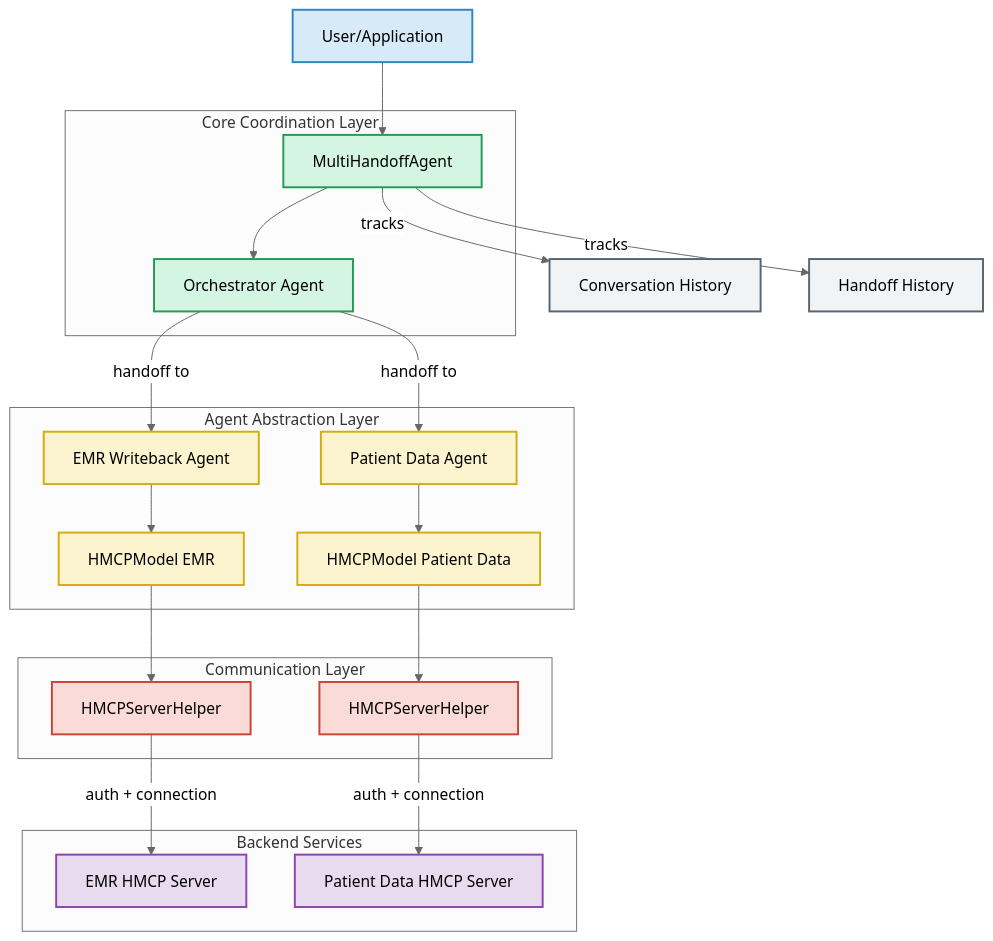
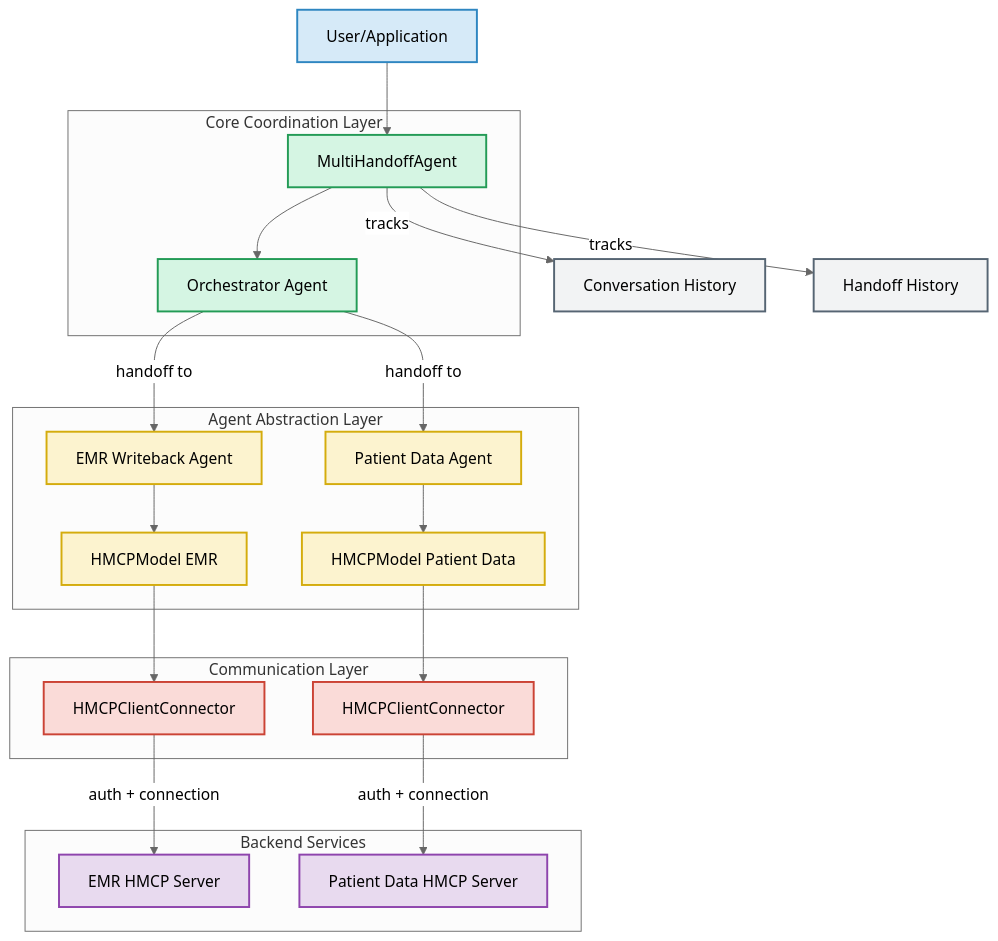
Before and after one commit to innovaccer/Healthcare-MCP: the first of 2 diagrams in examples/multi_agent_demo/multi_agent_handoff.md, drawn with Mermaid (neutral theme). The commit also changed other lines of this file and 16 other files, not shown here.

````diff
--- a/examples/multi_agent_demo/multi_agent_handoff.md
+++ b/examples/multi_agent_demo/multi_agent_handoff.md
@@ -26,55 +26,55 @@
 ```mermaid
 graph TD
     User[User/Application] --> MHA[MultiHandoffAgent]
     MHA --> OA[Orchestrator Agent]
     OA --> |handoff to| EMR[EMR Writeback Agent]
     OA --> |handoff to| PDA[Patient Data Agent]
     
     EMR --> HCPE[HMCPModel EMR]
     PDA --> HCPP[HMCPModel Patient Data]
     
-    HCPE --> EMRH[HMCPServerHelper]
-    HCPP --> PDAH[HMCPServerHelper]
+    HCPE --> EMRH[HMCPClientConnector]
+    HCPP --> PDAH[HMCPClientConnector]
     
     EMRH --> |auth + connection| EMRS[EMR HMCP Server]
     PDAH --> |auth + connection| PDAS[Patient Data HMCP Server]
     
     MHA --> |tracks| CH[Conversation History]
     MHA --> |tracks| HH[Handoff History]
     
     subgraph "Core Coordination Layer"
         MHA
         OA
     end
     
     subgraph "Agent Abstraction Layer"
         EMR
         PDA
         HCPE
         HCPP
     end
     
     subgraph "Communication Layer"
         EMRH
         PDAH
     end
     
     subgraph "Backend Services"
         EMRS
         PDAS
     end
     
     classDef userLayer fill:#D6EAF8,stroke:#2E86C1,stroke-width:2px;
     classDef coordinationLayer fill:#D5F5E3,stroke:#239B56,stroke-width:2px;
     classDef agentLayer fill:#FCF3CF,stroke:#D4AC0D,stroke-width:2px;
     classDef commLayer fill:#FADBD8,stroke:#CB4335,stroke-width:2px;
     classDef backendLayer fill:#E8DAEF,stroke:#8E44AD,stroke-width:2px;
     classDef stateClass fill:#F2F3F4,stroke:#566573,stroke-width:2px;
     
     class User userLayer;
     class MHA,OA coordinationLayer;
     class EMR,PDA,HCPE,HCPP agentLayer;
     class EMRH,PDAH commLayer;
     class EMRS,PDAS backendLayer;
     class CH,HH stateClass;
 ```
````
